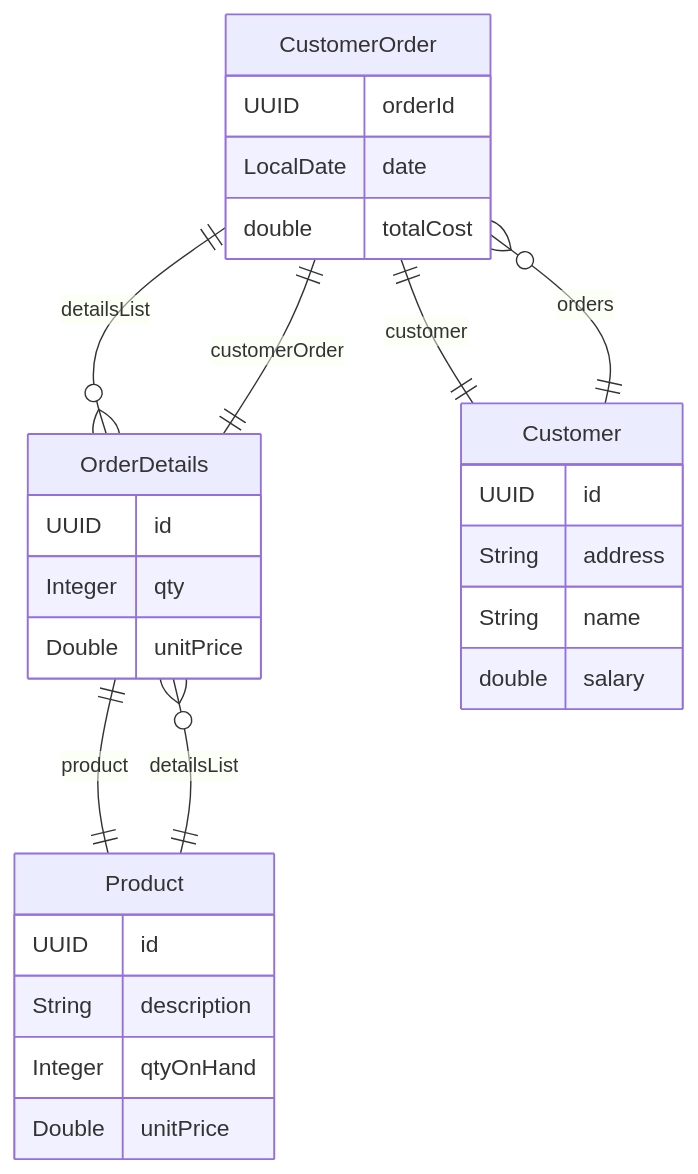
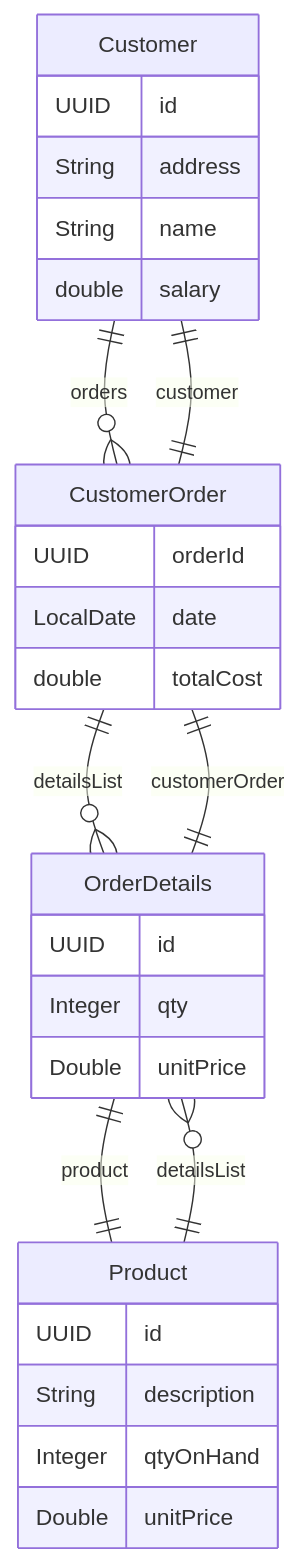
Before and after one commit to PasanIS/car-rental-management: the diagram in POS/er-diagram.md, drawn with Mermaid. The commit also changed other lines of this file and 8 other files, not shown here.

Commit message:
add ProductController; implement CRUD operations for products and search functionality; update ER diagram to reflect changes

````diff
--- a/POS/er-diagram.md
+++ b/POS/er-diagram.md
@@ -1,39 +1,39 @@
 ```mermaid
 erDiagram
+    Customer {
+        UUID id
+        String address
+        String name
+        double salary
+    }
+
+    Product {
+        UUID id
+        String description
+        Integer qtyOnHand
+        Double unitPrice
+    }
+
     CustomerOrder {
         UUID orderId
         LocalDate date
         double totalCost
     }
 
     OrderDetails {
         UUID id
         Integer qty
         Double unitPrice
     }
 
-    Product {
-        UUID id
-        String description
-        Integer qtyOnHand
-        Double unitPrice
-    }
+    Customer ||--o{ CustomerOrder : "orders"
 
-    Customer {
-        UUID id
-        String address
-        String name
-        double salary
-    }
+    Product ||--o{ OrderDetails : "detailsList"
 
     CustomerOrder ||--|| Customer : "customer"
     CustomerOrder ||--o{ OrderDetails : "detailsList"
 
     OrderDetails ||--|| CustomerOrder : "customerOrder"
     OrderDetails ||--|| Product : "product"
 
-    Product ||--o{ OrderDetails : "detailsList"
-
-    Customer ||--o{ CustomerOrder : "orders"
-
 ```
````
